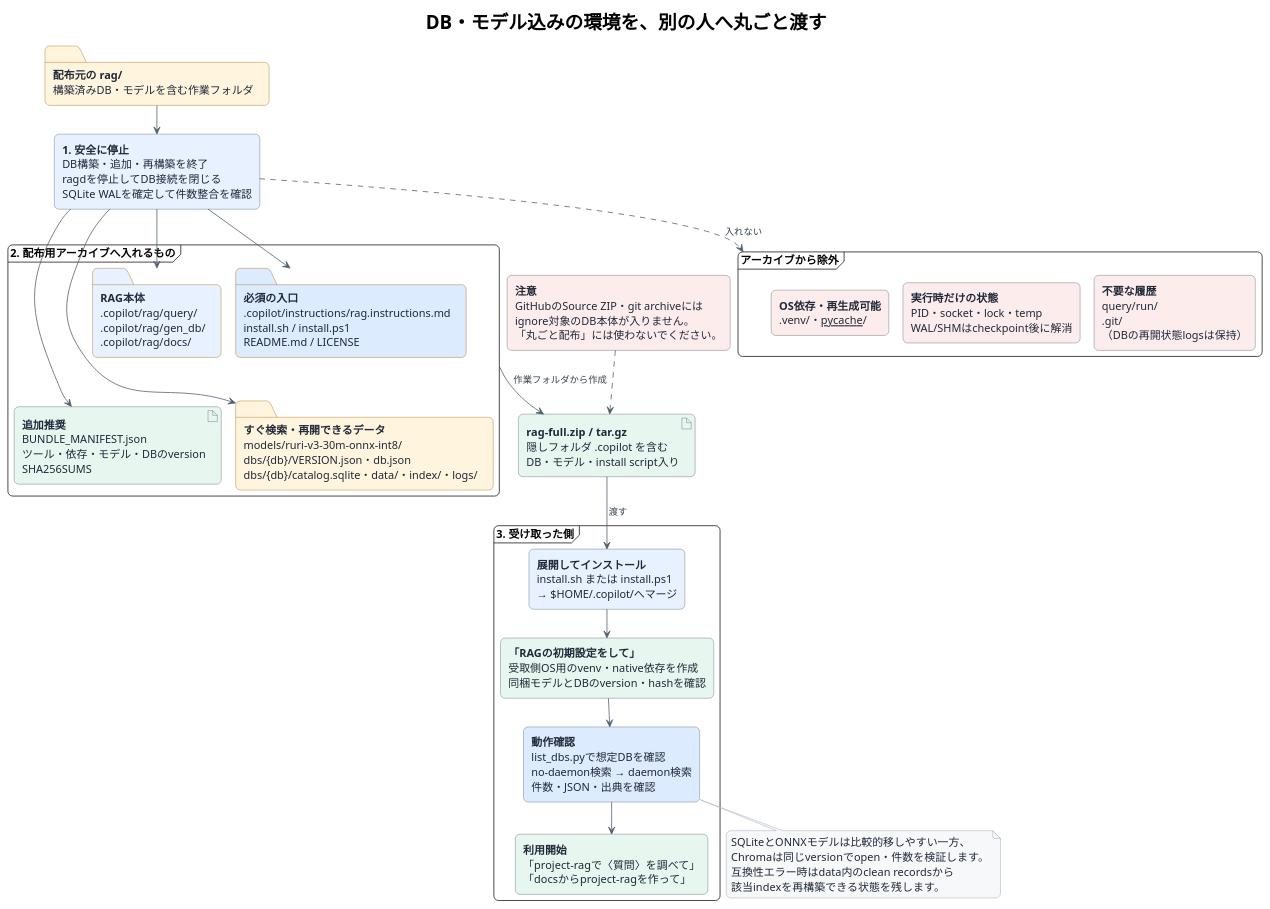
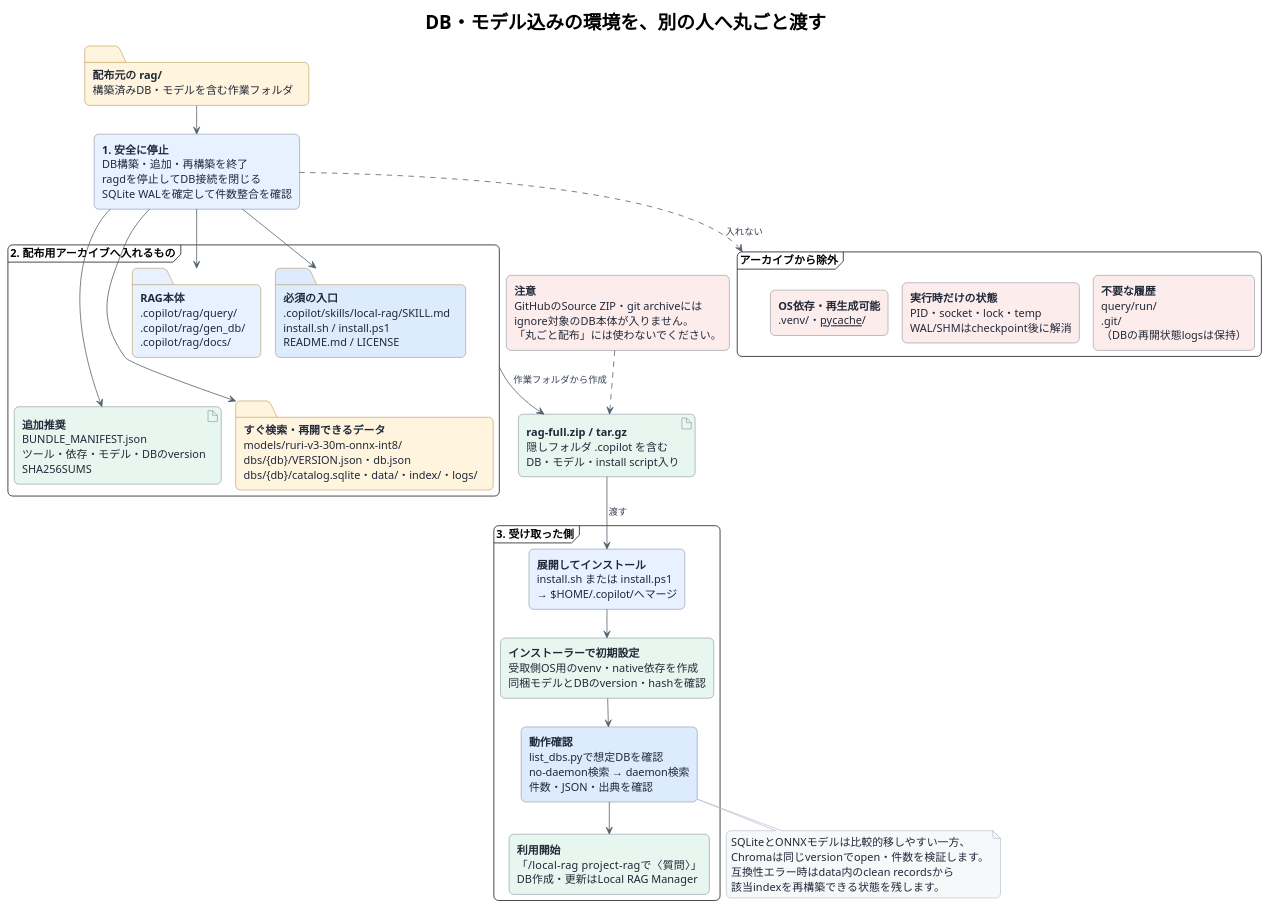
Before and after one commit to harilos/github-copilot-local-rag: the diagram in docs/diagrams/src/rag-full-environment-handoff.puml, drawn with PlantUML. The commit also changed 8 other files, not shown here.

```diff
--- a/docs/diagrams/src/rag-full-environment-handoff.puml
+++ b/docs/diagrams/src/rag-full-environment-handoff.puml
@@ -1,95 +1,95 @@
 @startuml
 !pragma layout smetana
 
 title DB・モデル込みの環境を、別の人へ丸ごと渡す
 
 top to bottom direction
 skinparam backgroundColor #FFFFFF
 skinparam shadowing false
 skinparam roundCorner 12
 skinparam defaultFontName "Noto Sans JP"
 skinparam defaultFontSize 14
 skinparam titleFontSize 24
 skinparam titleFontStyle bold
 skinparam ArrowColor #52606D
 skinparam ArrowFontColor #364152
 skinparam ArrowFontSize 12
 skinparam componentStyle rectangle
 skinparam packageStyle rectangle
 skinparam rectangleBorderColor #52606D
 skinparam rectangleFontColor #202938
 skinparam folderBorderColor #9A6700
 skinparam folderFontColor #202938
 skinparam artifactBorderColor #52606D
 skinparam artifactFontColor #202938
 skinparam noteBorderColor #8A94A6
 skinparam noteBackgroundColor #F7F8FA
 skinparam noteFontColor #202938
 
 folder "<b>配布元の rag/</b>\n構築済みDB・モデルを含む作業フォルダ" as Source #FFF4DE
 
 rectangle "<b>1. 安全に停止</b>\nDB構築・追加・再構築を終了\nragdを停止してDB接続を閉じる\nSQLite WALを確定して件数整合を確認" as Freeze #E8F1FF
 
 Source --> Freeze
 
 frame "2. 配布用アーカイブへ入れるもの" as Bundle {
-  folder "<b>必須の入口</b>\n.copilot/instructions/rag.instructions.md\ninstall.sh / install.ps1\nREADME.md / LICENSE" as Entry #DDEBFF
+  folder "<b>必須の入口</b>\n.copilot/skills/local-rag/SKILL.md\ninstall.sh / install.ps1\nREADME.md / LICENSE" as Entry #DDEBFF
 
   folder "<b>RAG本体</b>\n.copilot/rag/query/\n.copilot/rag/gen_db/\n.copilot/rag/docs/" as Runtime #E8F1FF
 
   folder "<b>すぐ検索・再開できるデータ</b>\nmodels/ruri-v3-30m-onnx-int8/\ndbs/{db}/VERSION.json・db.json\ndbs/{db}/catalog.sqlite・data/・index/・logs/" as ReadyData #FFF4DE
 
   artifact "<b>追加推奨</b>\nBUNDLE_MANIFEST.json\nツール・依存・モデル・DBのversion\nSHA256SUMS" as Manifest #E7F6EF
 
   Entry -[hidden]right- Runtime
   Entry -[hidden]down- ReadyData
   Runtime -[hidden]down- Manifest
   ReadyData -[hidden]right- Manifest
 }
 
 Freeze --> Entry
 Freeze --> Runtime
 Freeze --> ReadyData
 Freeze --> Manifest
 
 frame "アーカイブから除外" as Exclude {
   rectangle "<b>OS依存・再生成可能</b>\n.venv/・__pycache__/" as PlatformFiles #FDECEC
   rectangle "<b>実行時だけの状態</b>\nPID・socket・lock・temp\nWAL/SHMはcheckpoint後に解消" as RuntimeState #FDECEC
   rectangle "<b>不要な履歴</b>\nquery/run/\n.git/\n（DBの再開状態logsは保持）" as History #FDECEC
 
   PlatformFiles -[hidden]right- RuntimeState
   RuntimeState -[hidden]right- History
 }
 
 Freeze ..> Exclude : 入れない
 
 artifact "<b>rag-full.zip / tar.gz</b>\n隠しフォルダ .copilot を含む\nDB・モデル・install script入り" as Archive #E7F6EF
 Bundle --> Archive : 作業フォルダから作成
 
 rectangle "<b>注意</b>\nGitHubのSource ZIP・git archiveには\nignore対象のDB本体が入りません。\n「丸ごと配布」には使わないでください。" as GitWarning #FDECEC
 GitWarning ..> Archive
 
 frame "3. 受け取った側" as Receiver {
   rectangle "<b>展開してインストール</b>\ninstall.sh または install.ps1\n→ $HOME/.copilot/へマージ" as Install #E8F1FF
 
-  rectangle "<b>「RAGの初期設定をして」</b>\n受取側OS用のvenv・native依存を作成\n同梱モデルとDBのversion・hashを確認" as Setup #E7F6EF
+  rectangle "<b>インストーラーで初期設定</b>\n受取側OS用のvenv・native依存を作成\n同梱モデルとDBのversion・hashを確認" as Setup #E7F6EF
 
   rectangle "<b>動作確認</b>\nlist_dbs.pyで想定DBを確認\nno-daemon検索 → daemon検索\n件数・JSON・出典を確認" as Verify #DDEBFF
 
-  rectangle "<b>利用開始</b>\n「project-ragで〈質問〉を調べて」\n「docsからproject-ragを作って」" as Use #E7F6EF
+  rectangle "<b>利用開始</b>\n「/local-rag project-ragで〈質問〉」\nDB作成・更新はLocal RAG Manager" as Use #E7F6EF
 
   Install --> Setup
   Setup --> Verify
   Verify --> Use
 }
 
 Archive --> Install : 渡す
 
 note bottom of Verify
   SQLiteとONNXモデルは比較的移しやすい一方、
   Chromaは同じversionでopen・件数を検証します。
   互換性エラー時はdata内のclean recordsから
   該当indexを再構築できる状態を残します。
 end note
 
 @enduml
```
